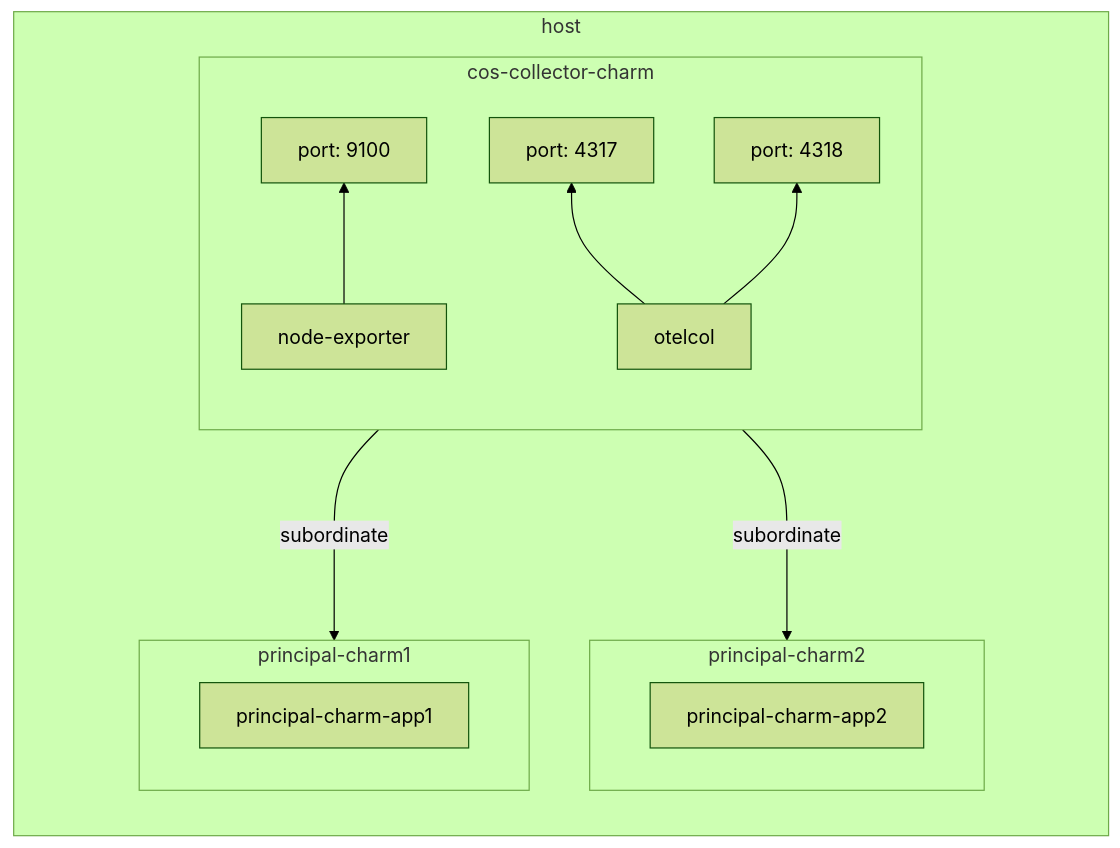
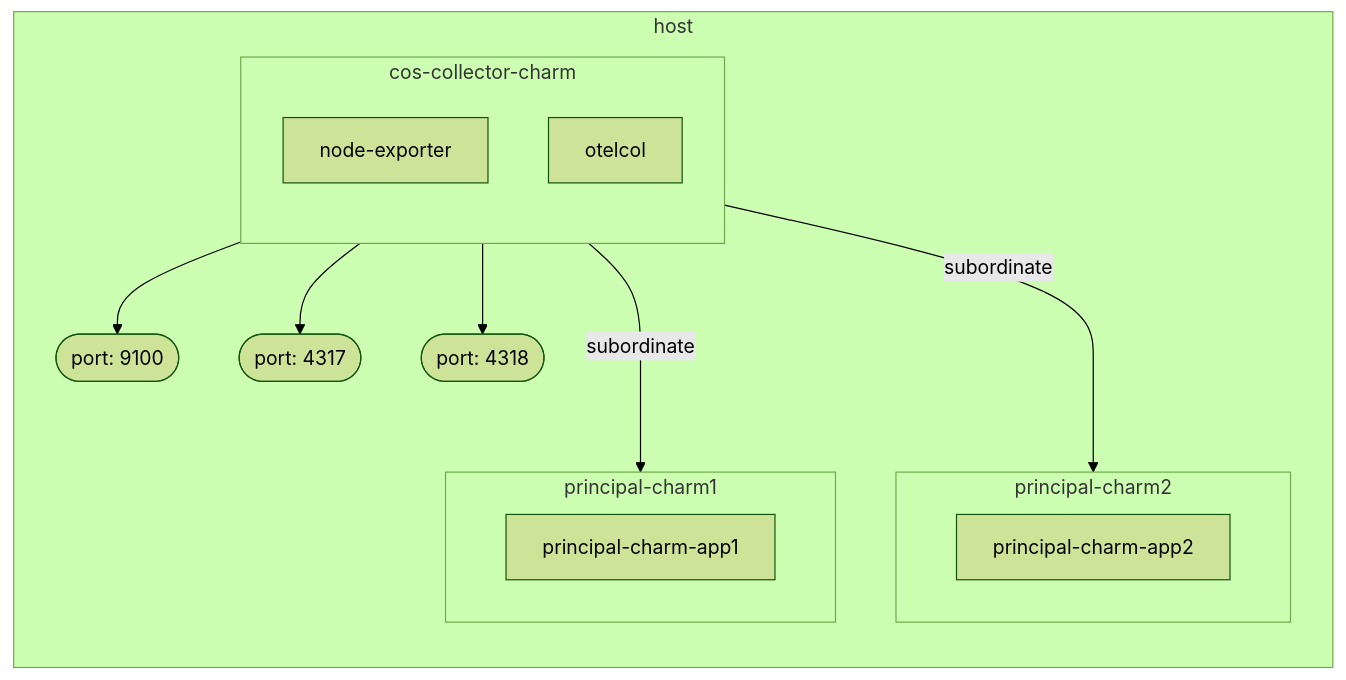
One commit to canonical/observability changed the fifth of 7 diagrams in decision-records/2025-03-20--node-exporter-otelcol-adr.md. Above: the diagram before and after it, drawn with Mermaid (forest theme). The commit also changed other lines of this file, not shown here.

Commit message:
improve diagrams by bounding the ports to the host

````diff
--- a/decision-records/2025-03-20--node-exporter-otelcol-adr.md
+++ b/decision-records/2025-03-20--node-exporter-otelcol-adr.md
@@ -277,26 +279,26 @@
 ```mermaid
 flowchart LR
 subgraph host
+    direction TB
+    port9100(["port: 9100"])
+    port4317(["port: 4317"])
+    port4318(["port: 4318"])
     subgraph principal-charm1
         principal-charm-app1
     end
     subgraph principal-charm2
         principal-charm-app2
     end
     subgraph cos-collector-charm
     direction BT
         direction BT
-        port9100["port: 9100"]
         node-exporter1["node-exporter"]
-        node-exporter1 --> port9100
-
-        port4317["port: 4317"]
-        port4318["port: 4318"]
         otelcol1["otelcol"]
-        otelcol1 --> port4317
-        otelcol1 --> port4318
     end
     cos-collector-charm --->|"subordinate"| principal-charm1
     cos-collector-charm --->|"subordinate"| principal-charm2
+    node-exporter1 --> port9100
+    otelcol1 --> port4317
+    otelcol1 --> port4318
 end
 ```
````
